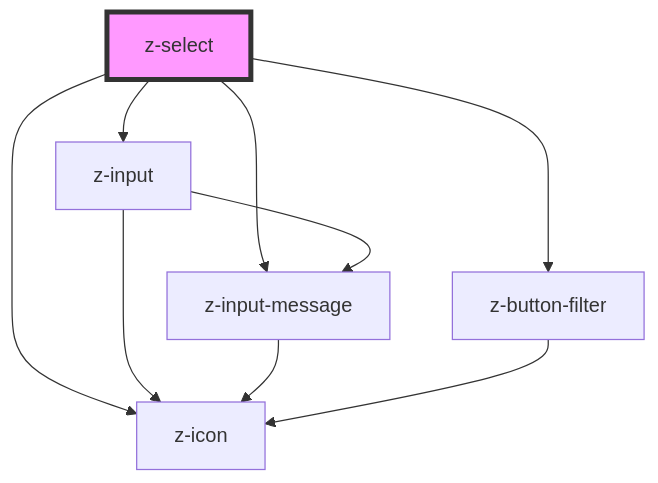
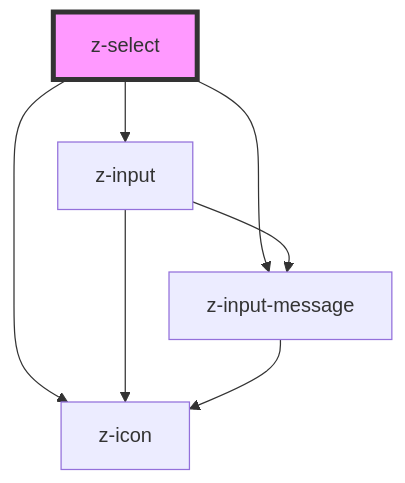
One commit to ZanichelliEditore/design-system changed the diagram in src/components/inputs/z-select/readme.md. Above: the diagram before and after it, drawn with Mermaid. The commit also changed other lines of this file and 7 other files, not shown here.

````diff
--- a/src/components/inputs/z-select/readme.md
+++ b/src/components/inputs/z-select/readme.md
@@ -79,12 +78,10 @@
 ```mermaid
 graph TD;
   z-select --> z-input
-  z-select --> z-button-filter
   z-select --> z-icon
   z-select --> z-input-message
   z-input --> z-icon
   z-input --> z-input-message
   z-input-message --> z-icon
-  z-button-filter --> z-icon
   style z-select fill:#f9f,stroke:#333,stroke-width:4px
 ```
````
